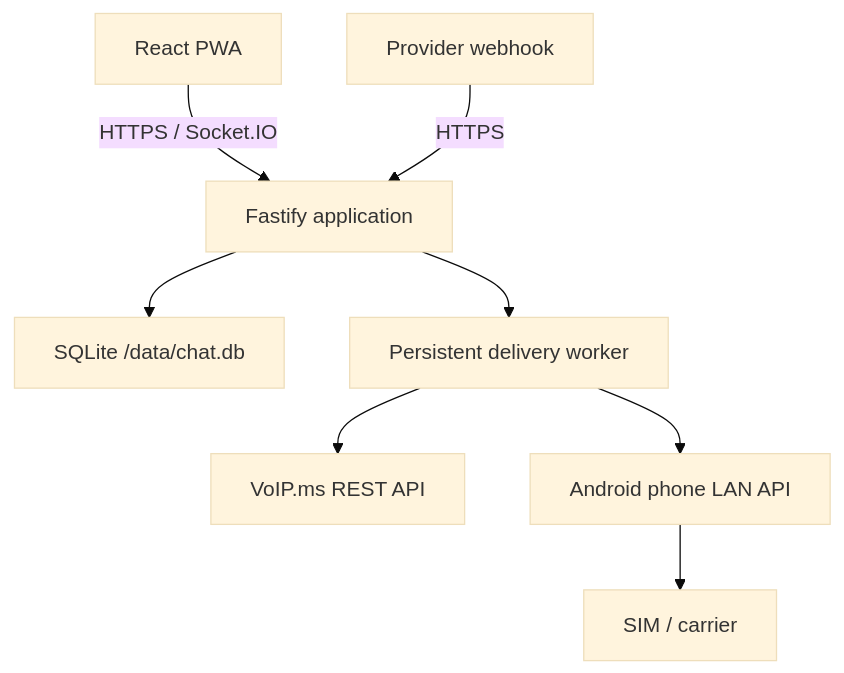
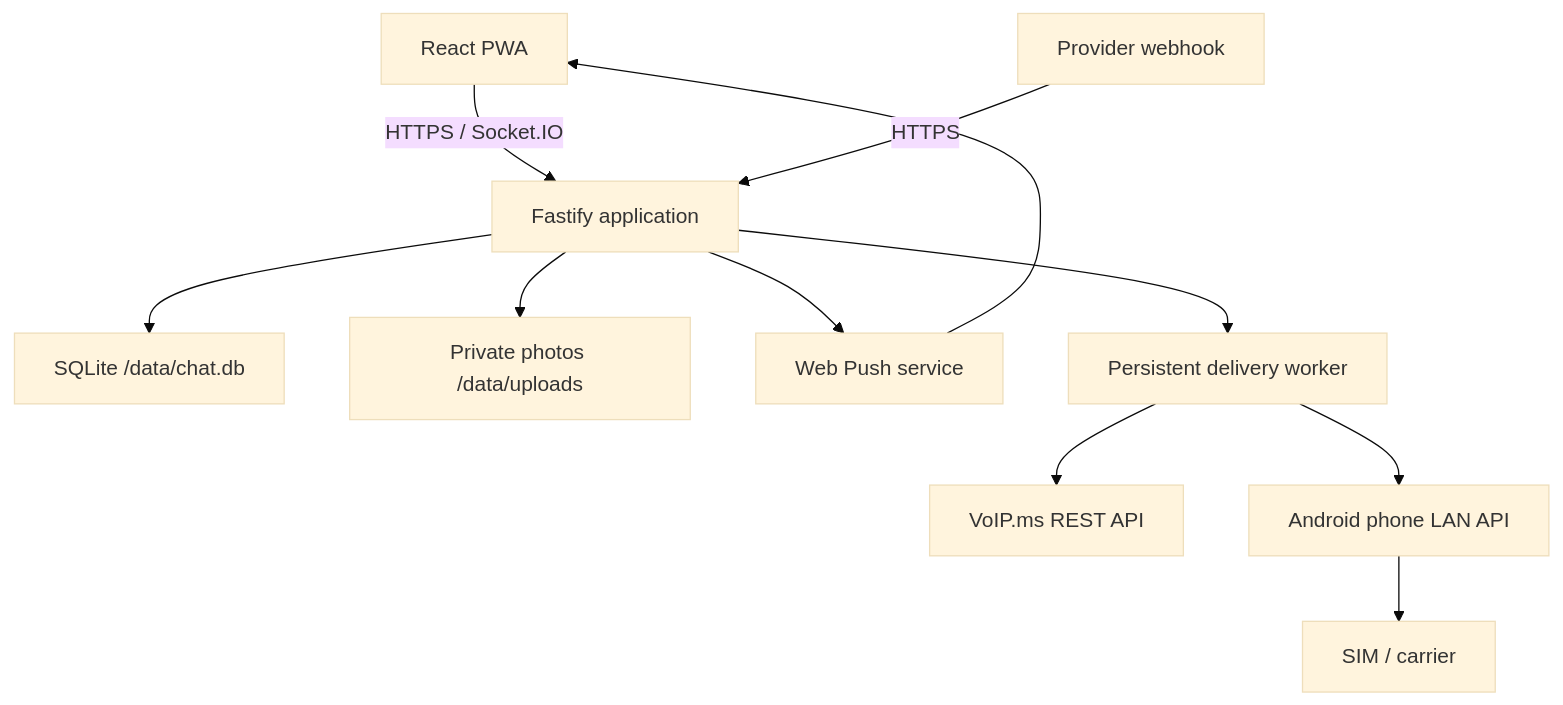
One commit to rapmarz16/sms-bridge-chat changed the diagram in README.md. Above: the diagram before and after it, drawn with Mermaid (base theme). The commit also changed other lines of this file and 35 other files, not shown here.

````diff
--- a/README.md
+++ b/README.md
@@ -26,10 +28,13 @@
 ```mermaid
 flowchart TD
     PWA["React PWA"] -->|"HTTPS / Socket.IO"| App["Fastify application"]
     Webhook["Provider webhook"] -->|HTTPS| App
     App --> DB["SQLite /data/chat.db"]
+    App --> Files["Private photos /data/uploads"]
+    App --> Push["Web Push service"]
+    Push --> PWA
     App --> Worker["Persistent delivery worker"]
     Worker --> VoIP["VoIP.ms REST API"]
     Worker --> Phone["Android phone LAN API"]
     Phone --> SIM["SIM / carrier"]
 ```
````
